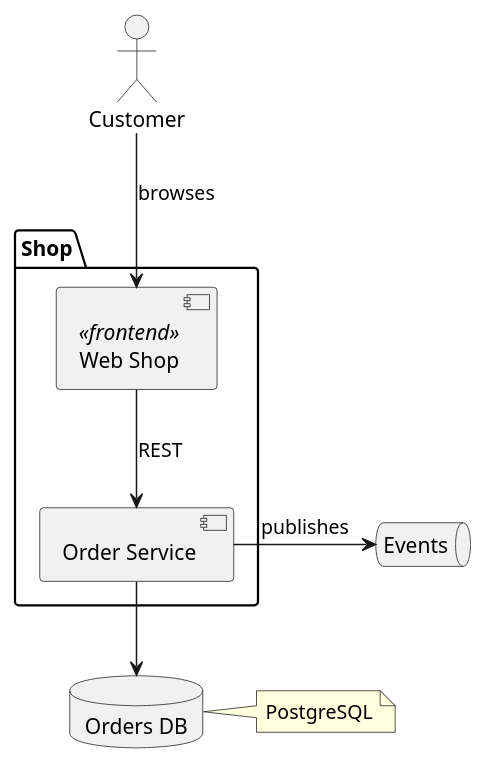
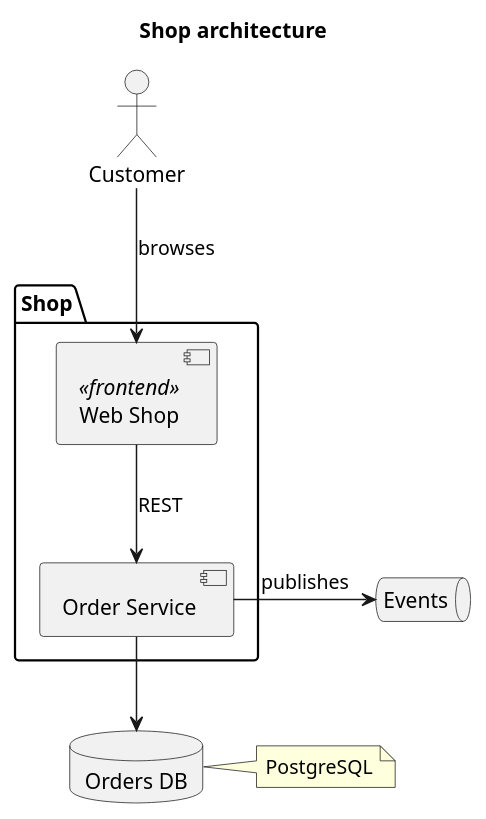
The fifth of 7 diagrams in Docs/Features/Diagrams.md (capjan/markdown-util), drawn with PlantUML before and after one commit. The commit also changed other lines of this file and 3 other files, not shown here.

Commit message:
docs: restructure the diagrams page

````diff
--- a/Docs/Features/Diagrams.md
+++ b/Docs/Features/Diagrams.md
@@ -197,16 +210,17 @@
 ```plantuml
 @startuml
+title Shop architecture
 actor Customer
 package "Shop" {
   [Web Shop] <<frontend>> as Web
   component [Order Service] as Orders
 }
 database "Orders DB" as DB
 queue "Events" as Bus
 Customer --> Web : browses
 Web --> Orders : REST
 Orders --> DB
 Orders -right-> Bus : publishes
 note right of DB : PostgreSQL
 @enduml
 ```
````
